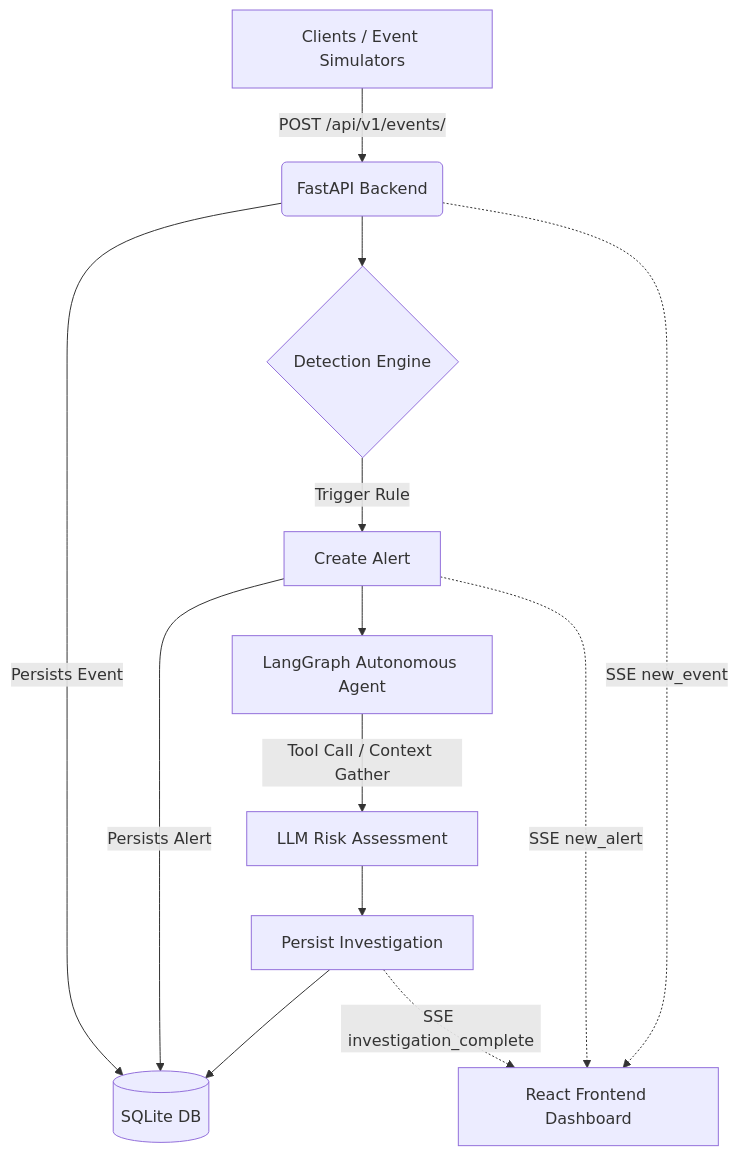
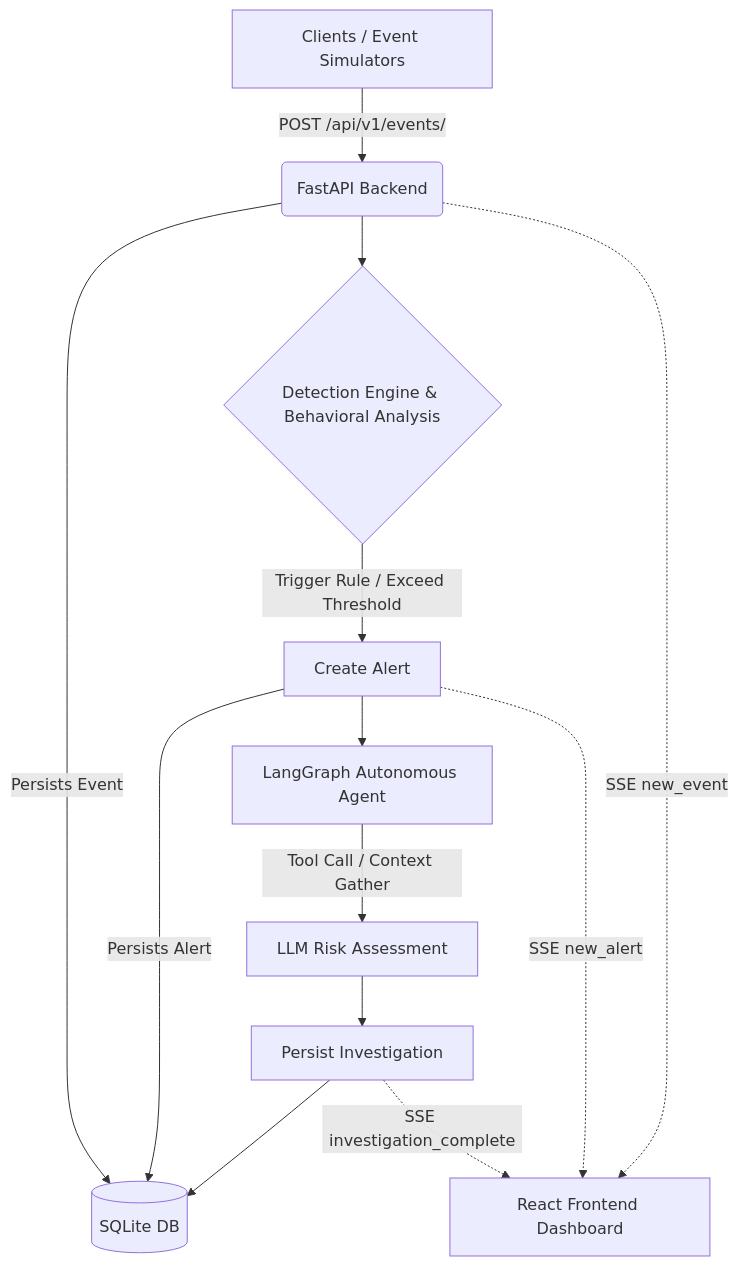
One commit to WolfKishner23/AI-Cyber-Threat-Detection changed the first of 2 diagrams in README.md. Above: the diagram before and after it, drawn with Mermaid. The commit also changed other lines of this file and 53 other files, not shown here.

Commit message:
Implement Phase 3 features: Behavioral Analysis, Brute-Force limit, and High-Risk Locations

````diff
--- a/README.md
+++ b/README.md
@@ -7,16 +7,16 @@
 ```mermaid
 graph TD
     A[Clients / Event Simulators] -->|POST /api/v1/events/| B(FastAPI Backend)
     B -->|Persists Event| DB[(SQLite DB)]
-    B --> C{Detection Engine}
-    C -->|Trigger Rule| D[Create Alert]
+    B --> C{Detection Engine & Behavioral Analysis}
+    C -->|Trigger Rule / Exceed Threshold| D[Create Alert]
     D -->|Persists Alert| DB
     D --> E[LangGraph Autonomous Agent]
     E -->|Tool Call / Context Gather| F[LLM Risk Assessment]
     F --> G[Persist Investigation]
     G --> DB
     
     B -.->|SSE new_event| H[React Frontend Dashboard]
     D -.->|SSE new_alert| H
     G -.->|SSE investigation_complete| H
 ```
````
